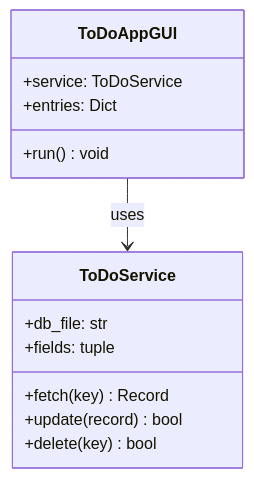
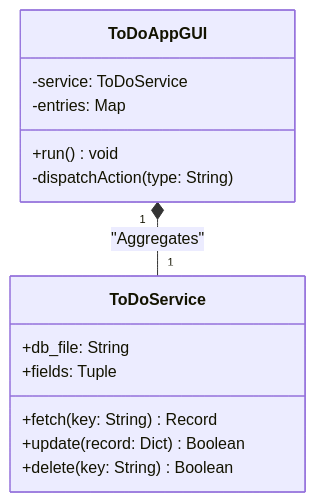
One commit to Amey-Thakur/PYTHON-SHORTS changed the second of 2 diagrams in Source Code/To-Do App/README.md. Above: the diagram before and after it, drawn with Mermaid. The commit also changed other lines of this file and 1 other file, not shown here.

````diff
--- a/Source Code/To-Do App/README.md
+++ b/Source Code/To-Do App/README.md
@@ -79,16 +82,18 @@
 ```mermaid
 classDiagram
+    direction TB
     class ToDoService {
-        +db_file: str
-        +fields: tuple
-        +fetch(key) Record
-        +update(record) bool
-        +delete(key) bool
+        +db_file: String
+        +fields: Tuple
+        +fetch(key: String) Record
+        +update(record: Dict) Boolean
+        +delete(key: String) Boolean
     }
     class ToDoAppGUI {
-        +service: ToDoService
-        +entries: Dict
+        -service: ToDoService
+        -entries: Map
         +run() void
+        -dispatchAction(type: String)
     }
-    ToDoAppGUI --> ToDoService : uses
+    ToDoAppGUI "1" *-- "1" ToDoService : "Aggregates"
 ```
````
